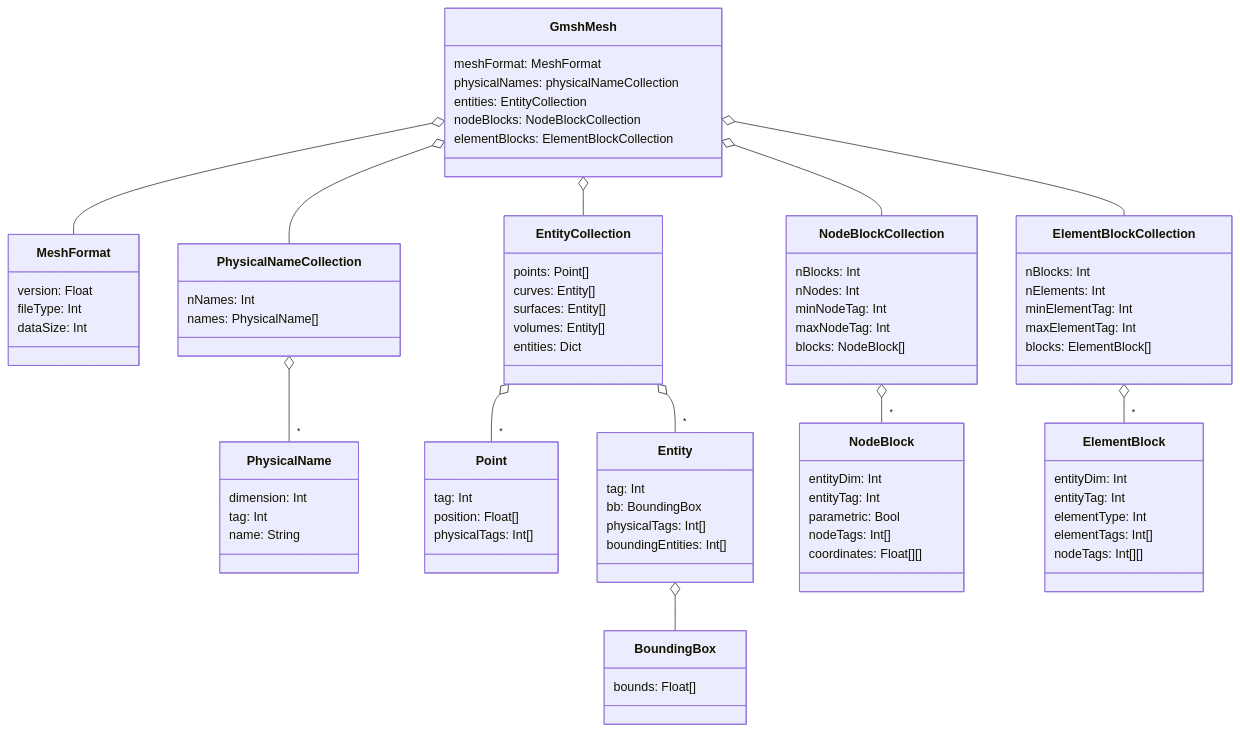
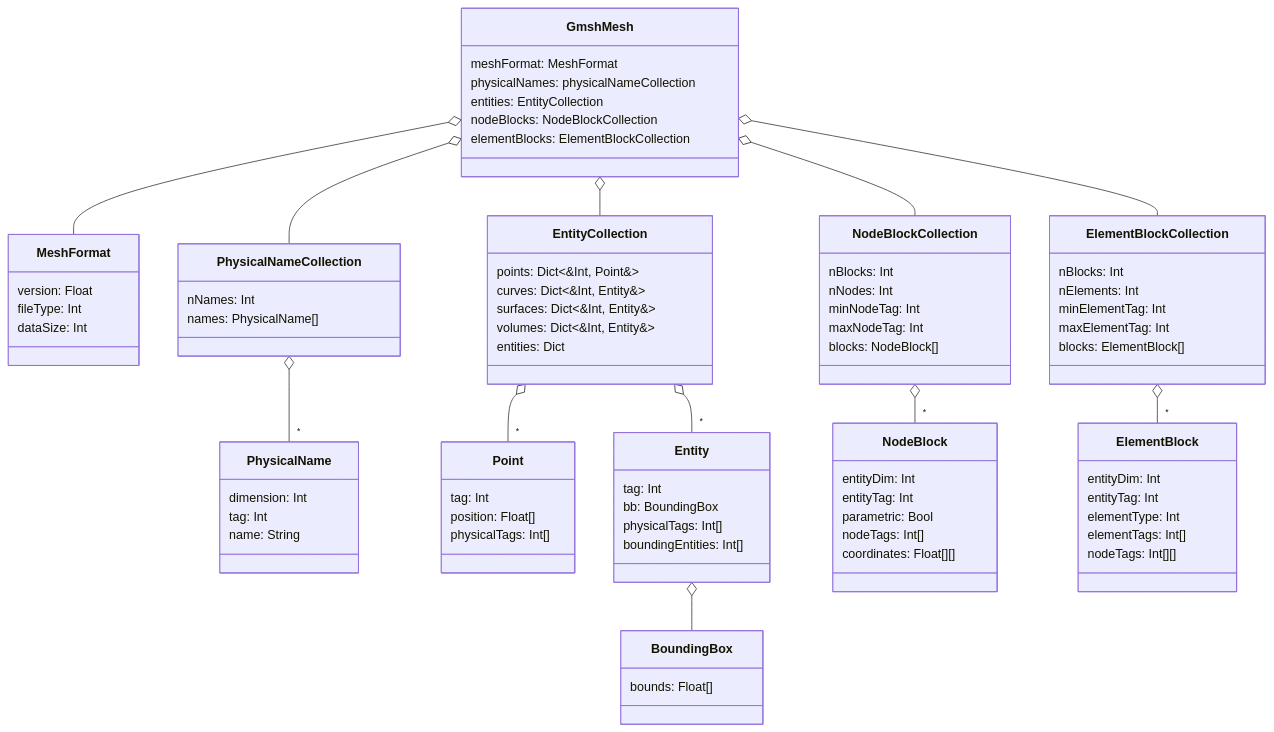
One commit to matthiasbaitsch/mmjmesh changed the diagram in demo/gmsh-structs.md. Above: the diagram before and after it, drawn with Mermaid.

Commit message:
Fix datatype

```diff
--- a/demo/gmsh-structs.md
+++ b/demo/gmsh-structs.md
@@ -33,10 +33,10 @@
     }
 
     class EntityCollection {
-      points: Point[]
-      curves: Entity[]
-      surfaces: Entity[]
-      volumes: Entity[]
+      points: Dict<&#8203;Int, Point&#8203;>
+      curves: Dict<&#8203;Int, Entity&#8203;>
+      surfaces: Dict<&#8203;Int, Entity&#8203;>
+      volumes: Dict<&#8203;Int, Entity&#8203;>
       entities: Dict
     }
 
```
